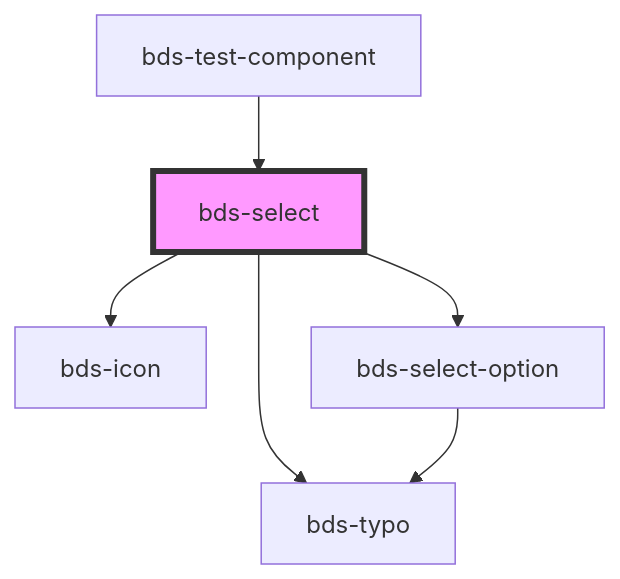
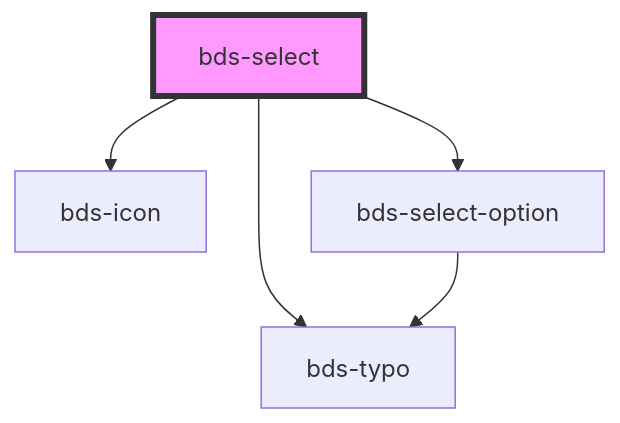
The diagram in src/components/selects/select/readme.md (takenet/blip-ds), drawn with Mermaid before and after one commit. The commit also changed other lines of this file and 40 other files, not shown here.

Commit message:
feat(test-components): remove components example from test component

````diff
--- a/src/components/selects/select/readme.md
+++ b/src/components/selects/select/readme.md
@@ -58,9 +54,8 @@
 ```mermaid
 graph TD;
   bds-select --> bds-icon
   bds-select --> bds-typo
   bds-select --> bds-select-option
   bds-select-option --> bds-typo
-  bds-test-component --> bds-select
   style bds-select fill:#f9f,stroke:#333,stroke-width:4px
 ```
````
